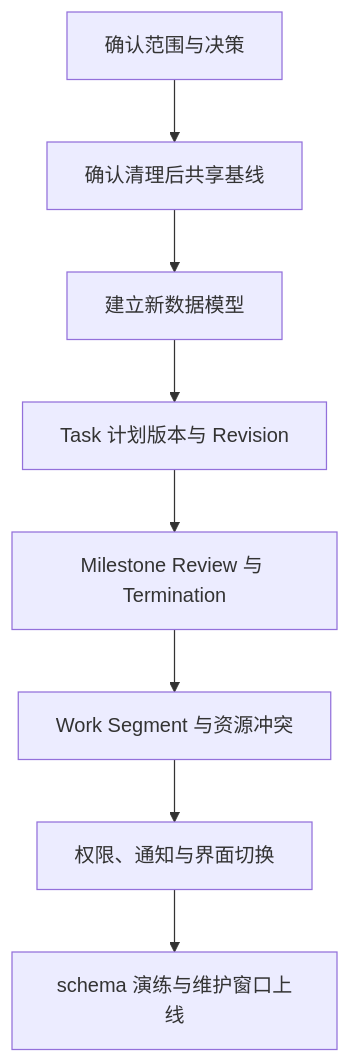
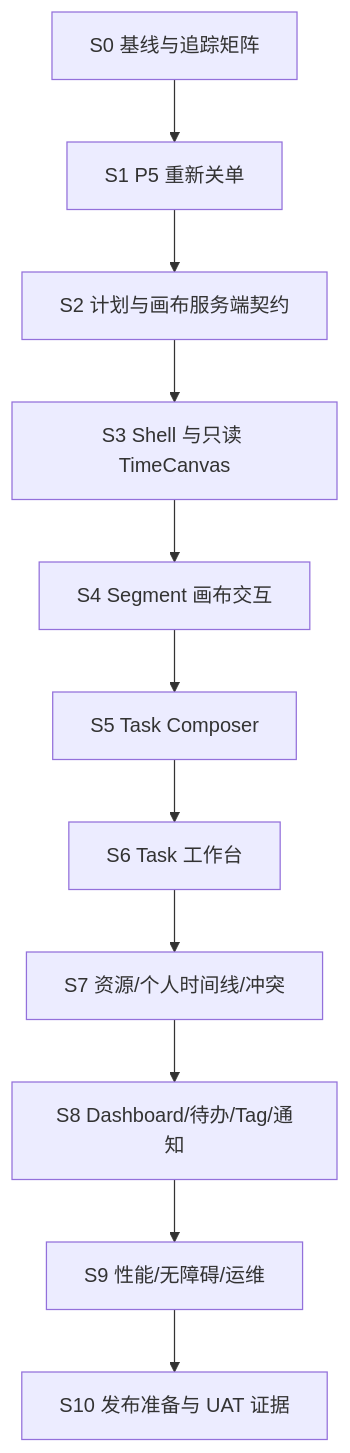
The diagram in docs/plan/README.md (CosmosMount/management_system), drawn with Mermaid before and after one commit. The commit also changed other lines of this file and 12 other files, not shown here.

````diff
--- a/docs/plan/README.md
+++ b/docs/plan/README.md
@@ -66,10 +88,13 @@
 ```mermaid
 flowchart TD
-  A["确认范围与决策"] --> B["确认清理后共享基线"]
-  B --> C["建立新数据模型"]
-  C --> D["Task 计划版本与 Revision"]
-  D --> E["Milestone Review 与 Termination"]
-  E --> F["Work Segment 与资源冲突"]
-  F --> G["权限、通知与界面切换"]
-  G --> H["schema 演练与维护窗口上线"]
+  S0["S0 基线与追踪矩阵"] --> S1["S1 P5 重新关单"]
+  S1 --> S2["S2 计划与画布服务端契约"]
+  S2 --> S3["S3 Shell 与只读 TimeCanvas"]
+  S3 --> S4["S4 Segment 画布交互"]
+  S4 --> S5["S5 Task Composer"]
+  S5 --> S6["S6 Task 工作台"]
+  S6 --> S7["S7 资源/个人时间线/冲突"]
+  S7 --> S8["S8 Dashboard/待办/Tag/通知"]
+  S8 --> S9["S9 性能/无障碍/运维"]
+  S9 --> S10["S10 发布准备与 UAT 证据"]
 ```
````
